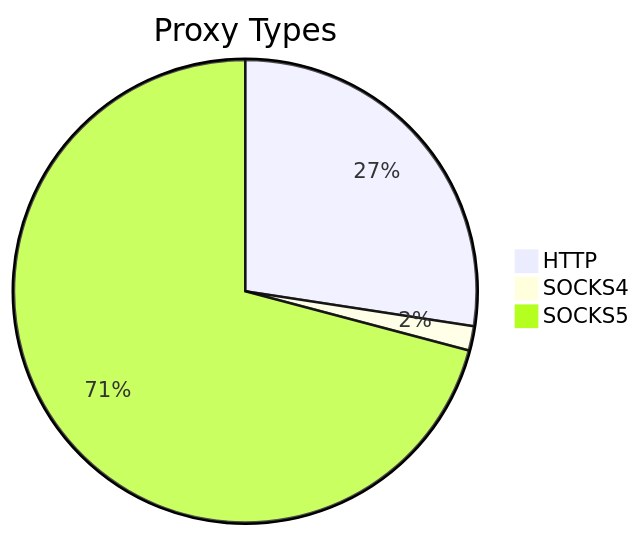
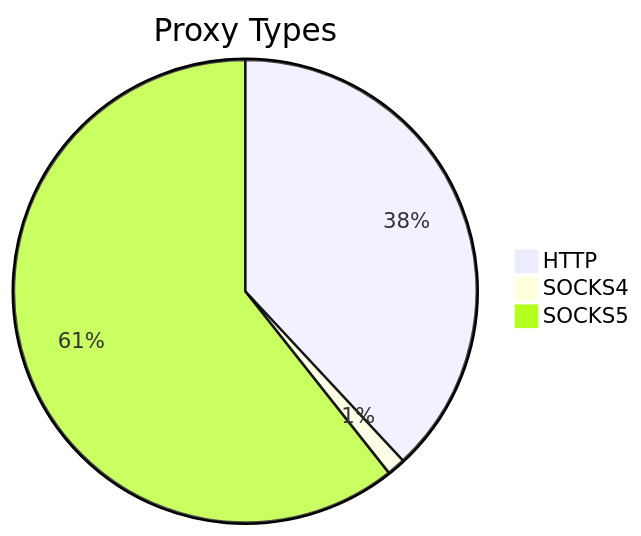
One commit to stormsia/proxy-list changed the first of 2 diagrams in README.md. Above: the diagram before and after it, drawn with Mermaid. The commit also changed other lines of this file, not shown here.

````diff
--- a/README.md
+++ b/README.md
@@ -21,6 +21,6 @@
 ```mermaid
 pie title Proxy Types
-    "HTTP" : 644
-    "SOCKS4" : 40
-    "SOCKS5" : 1665
+    "HTTP" : 681
+    "SOCKS4" : 23
+    "SOCKS5" : 1085
 ```
````
